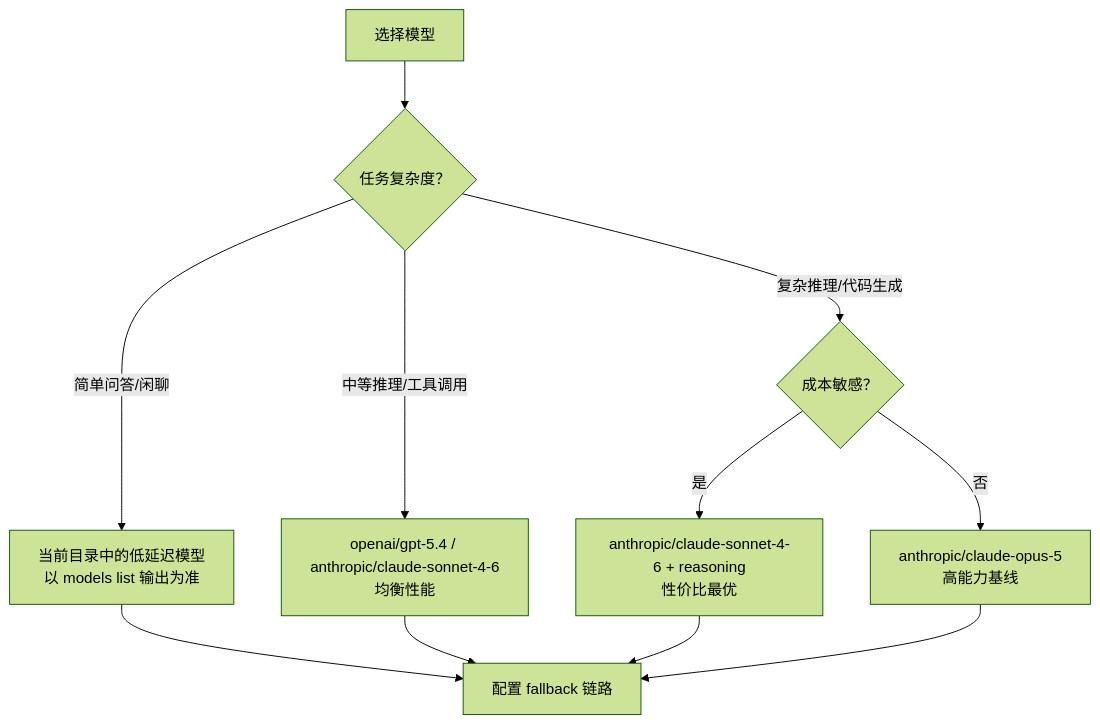
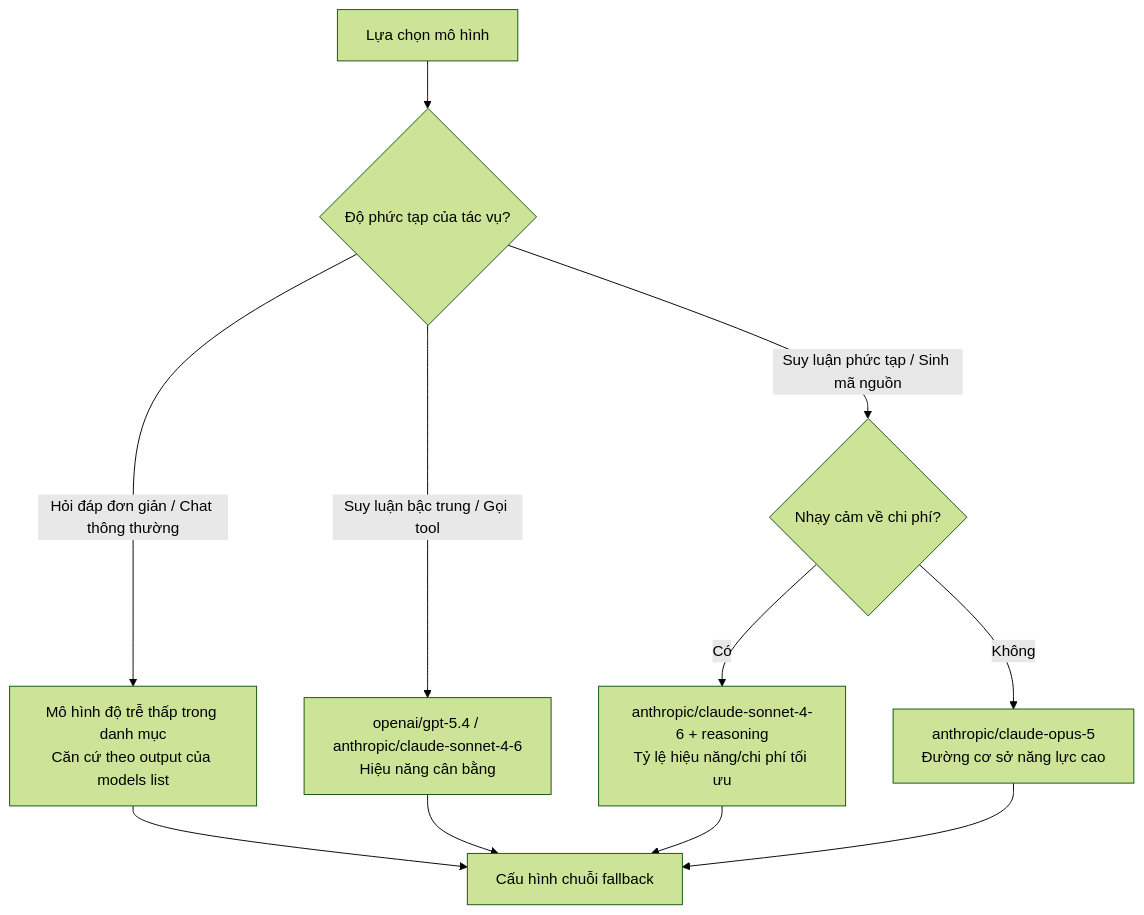
Before and after one commit to dino-edu/openclaw_guide: the diagram in 04_config_models/4.3_model_selection.md, drawn with Mermaid (forest theme). The commit also changed other lines of this file and 24 other files, not shown here.

````diff
--- a/04_config_models/4.3_model_selection.md
+++ b/04_config_models/4.3_model_selection.md
@@ -30,13 +30,13 @@
 ```mermaid
 flowchart TD
-    Start["选择模型"] --> Q1{"任务复杂度？"}
-    Q1 -->|"简单问答/闲聊"| M1["当前目录中的低延迟模型<br/>以 models list 输出为准"]
-    Q1 -->|"中等推理/工具调用"| M2["openai/gpt-5.4 / anthropic/claude-sonnet-4-6<br/>均衡性能"]
-    Q1 -->|"复杂推理/代码生成"| Q2{"成本敏感？"}
-    Q2 -->|"是"| M3["anthropic/claude-sonnet-4-6 + reasoning<br/>性价比最优"]
-    Q2 -->|"否"| M4["anthropic/claude-opus-5<br/>高能力基线"]
-    M1 --> FB["配置 fallback 链路"]
+    Start["Lựa chọn mô hình"] --> Q1{"Độ phức tạp của tác vụ?"}
+    Q1 -->|"Hỏi đáp đơn giản / Chat thông thường"| M1["Mô hình độ trễ thấp trong danh mục<br/>Căn cứ theo output của models list"]
+    Q1 -->|"Suy luận bậc trung / Gọi tool"| M2["openai/gpt-5.4 / anthropic/claude-sonnet-4-6<br/>Hiệu năng cân bằng"]
+    Q1 -->|"Suy luận phức tạp / Sinh mã nguồn"| Q2{"Nhạy cảm về chi phí?"}
+    Q2 -->|"Có"| M3["anthropic/claude-sonnet-4-6 + reasoning<br/>Tỷ lệ hiệu năng/chi phí tối ưu"]
+    Q2 -->|"Không"| M4["anthropic/claude-opus-5<br/>Đường cơ sở năng lực cao"]
+    M1 --> FB["Cấu hình chuỗi fallback"]
     M2 --> FB
     M3 --> FB
     M4 --> FB
 ```
````
